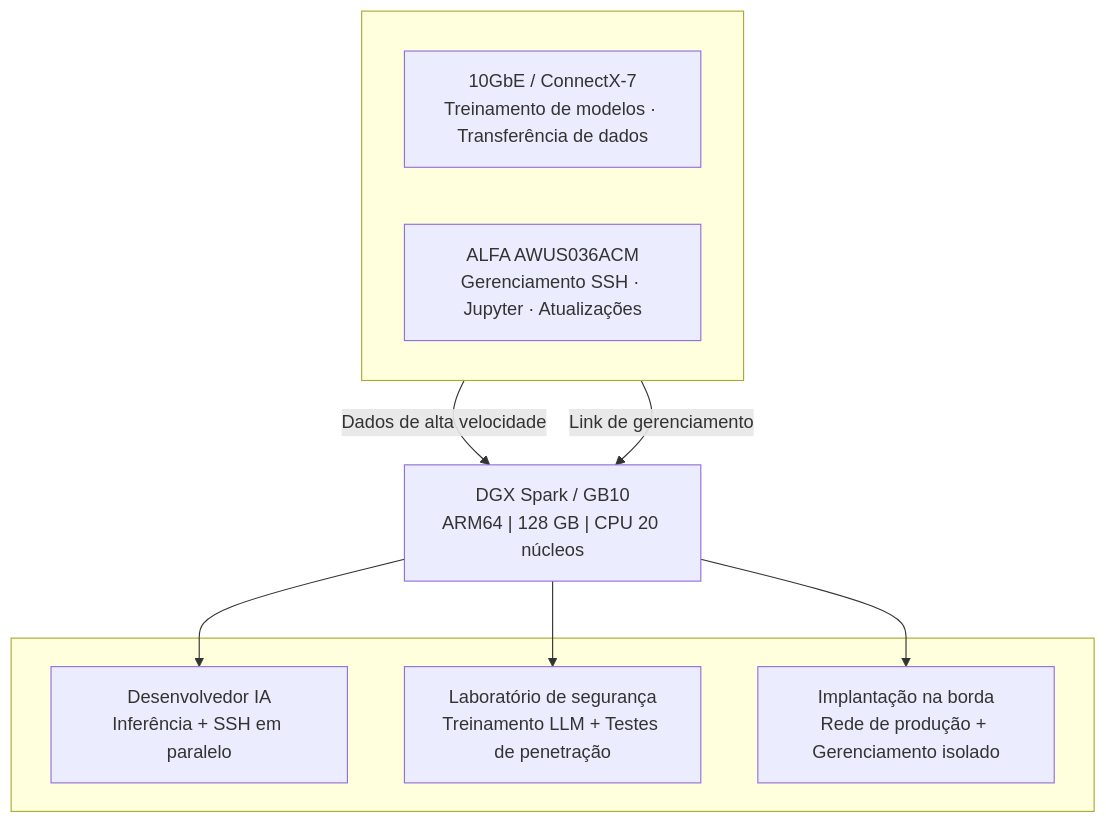
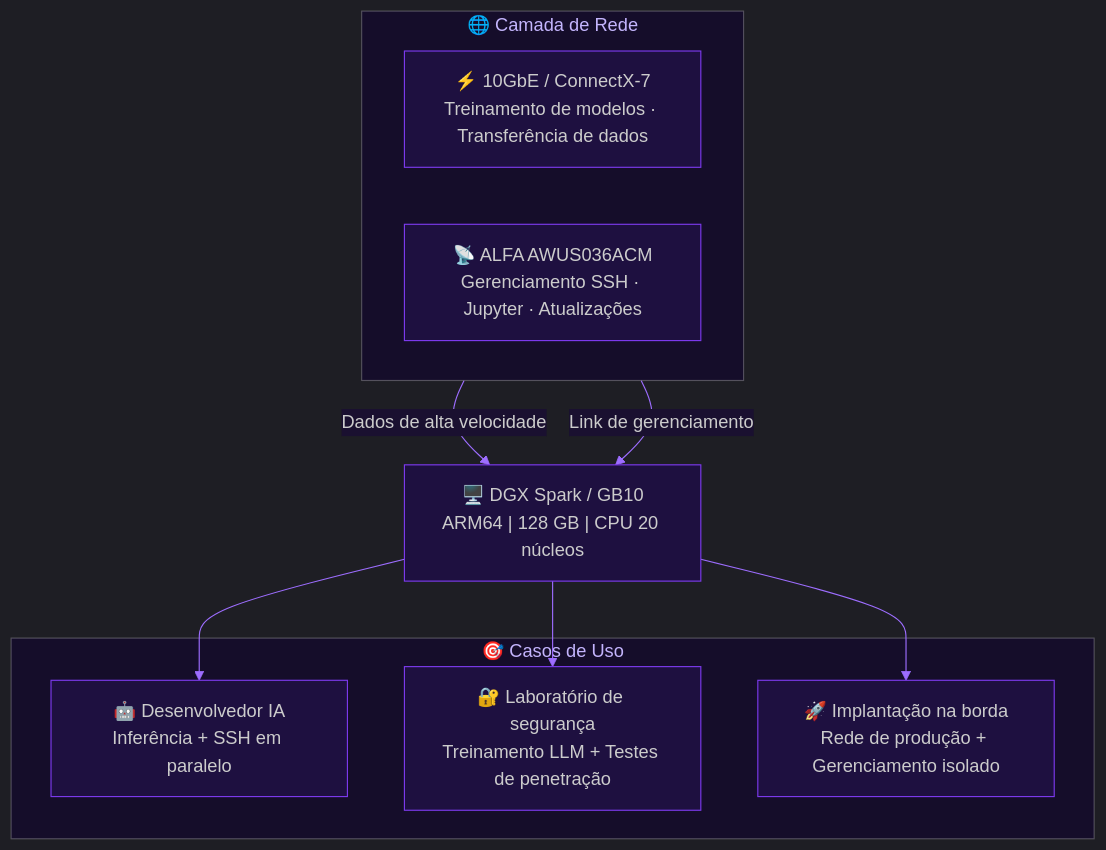
One commit to yopitek/yupitek_official_web changed the diagram in content/pt/blog/dgx-spark-gb10-wifi-alfa-usb-fix/_index.md. Above: the diagram before and after it, drawn with Mermaid. The commit also changed 9 other files, not shown here.

First line of the commit message:
style: upgrade mermaid diagram to cyber purple theme (all 10 languages)

````diff
--- a/content/pt/blog/dgx-spark-gb10-wifi-alfa-usb-fix/_index.md
+++ b/content/pt/blog/dgx-spark-gb10-wifi-alfa-usb-fix/_index.md
@@ -217,22 +217,23 @@
 ```mermaid
+%%{init:{"theme":"dark","themeVariables":{"primaryColor":"#2d1f4e","primaryTextColor":"#e2d9f3","primaryBorderColor":"#7c3aed","lineColor":"#9d6dff","secondaryColor":"#1a1030","tertiaryColor":"#0e0818","background":"#0e0818","mainBkg":"#1e1040","nodeBorder":"#7c3aed","clusterBkg":"#150d2a","titleColor":"#c4b5fd","edgeLabelBackground":"#1a1030","attributeBackgroundColorEven":"#1e1040","attributeBackgroundColorOdd":"#150d2a"}}}%%
 flowchart TD
-    subgraph Rede[" "]
+    subgraph sub1["🌐 Camada de Rede"]
         direction LR
-        A["10GbE / ConnectX-7<br/>Treinamento de modelos · Transferência de dados"]
-        B["ALFA AWUS036ACM<br/>Gerenciamento SSH · Jupyter · Atualizações"]
+        A["⚡ 10GbE / ConnectX-7<br/>Treinamento de modelos · Transferência de dados"]
+        B["📡 ALFA AWUS036ACM<br/>Gerenciamento SSH · Jupyter · Atualizações"]
     end
 
-    C["DGX Spark / GB10<br/>ARM64 | 128 GB | CPU 20 núcleos"]
+    C["🖥️ DGX Spark / GB10<br/>ARM64 | 128 GB | CPU 20 núcleos"]
 
-    subgraph CasosDeUso[" "]
-        D["Desenvolvedor IA<br/>Inferência + SSH em paralelo"]
-        E["Laboratório de segurança<br/>Treinamento LLM + Testes de penetração"]
-        F["Implantação na borda<br/>Rede de produção + Gerenciamento isolado"]
+    subgraph sub2["🎯 Casos de Uso"]
+        D["🤖 Desenvolvedor IA<br/>Inferência + SSH em paralelo"]
+        E["🔐 Laboratório de segurança<br/>Treinamento LLM + Testes de penetração"]
+        F["🚀 Implantação na borda<br/>Rede de produção + Gerenciamento isolado"]
     end
 
     A -->|Dados de alta velocidade| C
     B -->|Link de gerenciamento| C
     C --> D
     C --> E
     C --> F
 ```
````
